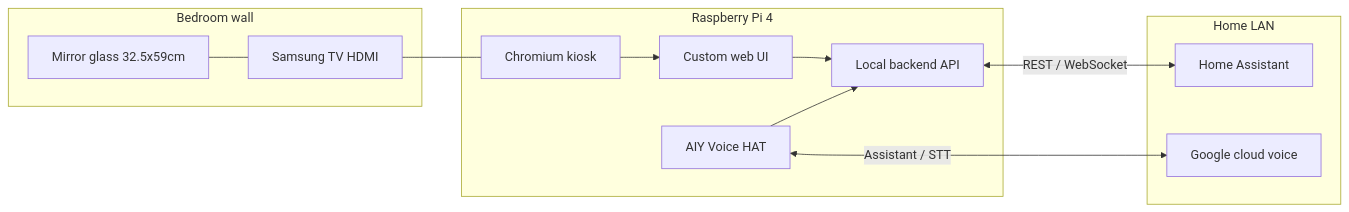
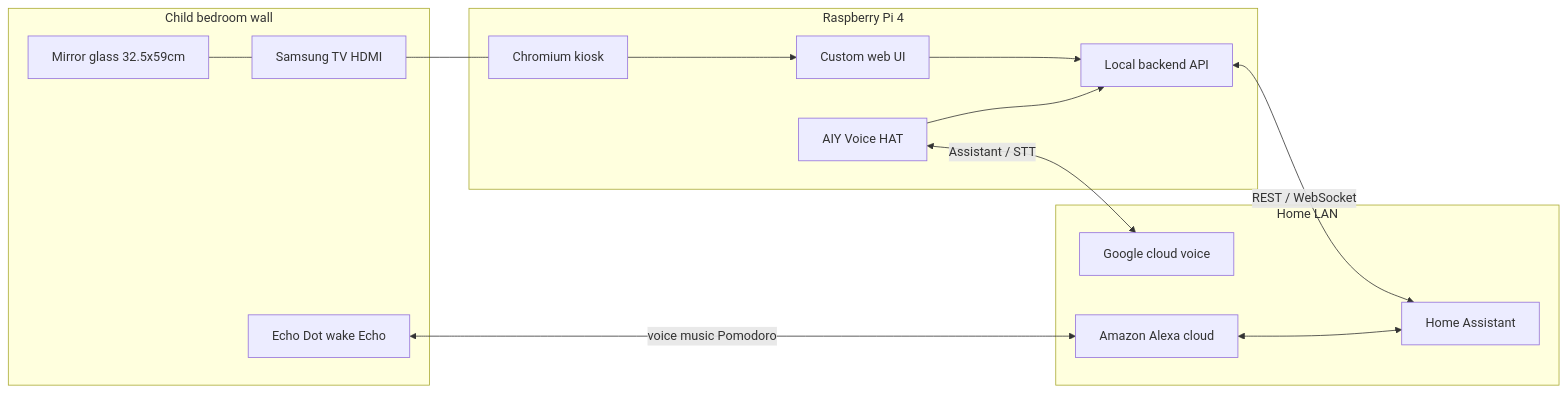
The diagram in docs/ARCHITECTURE.md (mattschoenholz/magic-mirror), drawn with Mermaid before and after one commit. The commit also changed other lines of this file and 6 other files, not shown here.

First line of the commit message:
docs: son's bedroom context; Echo wake word; FR-008 Pomodoro + IDEATION patterns

````diff
--- a/docs/ARCHITECTURE.md
+++ b/docs/ARCHITECTURE.md
@@ -10,24 +10,28 @@
 ```mermaid
 flowchart LR
   subgraph pi [Raspberry Pi 4]
     CH[Chromium kiosk]
     WEB[Custom web UI]
     API[Local backend API]
     HAT[AIY Voice HAT]
   end
-  subgraph room [Bedroom wall]
+  subgraph room [Child bedroom wall]
     MG[Mirror glass 32.5x59cm]
     DISP[Samsung TV HDMI]
+    ECHO[Echo Dot wake Echo]
   end
   subgraph home [Home LAN]
     HA[Home Assistant]
     GC[Google cloud voice]
+    AMZ[Amazon Alexa cloud]
   end
   MG --- DISP
   DISP --- CH
   CH --> WEB
   WEB --> API
   API <-->|REST / WebSocket| HA
   HAT <-->|Assistant / STT| GC
   HAT --> API
+  ECHO <-->|voice music Pomodoro| AMZ
+  AMZ <--> HA
 ```
````
